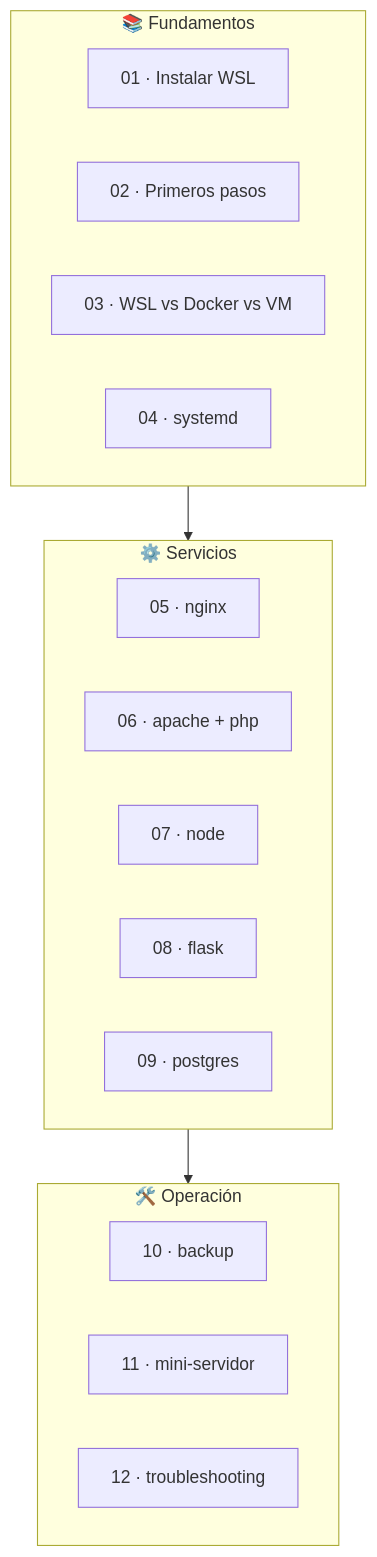
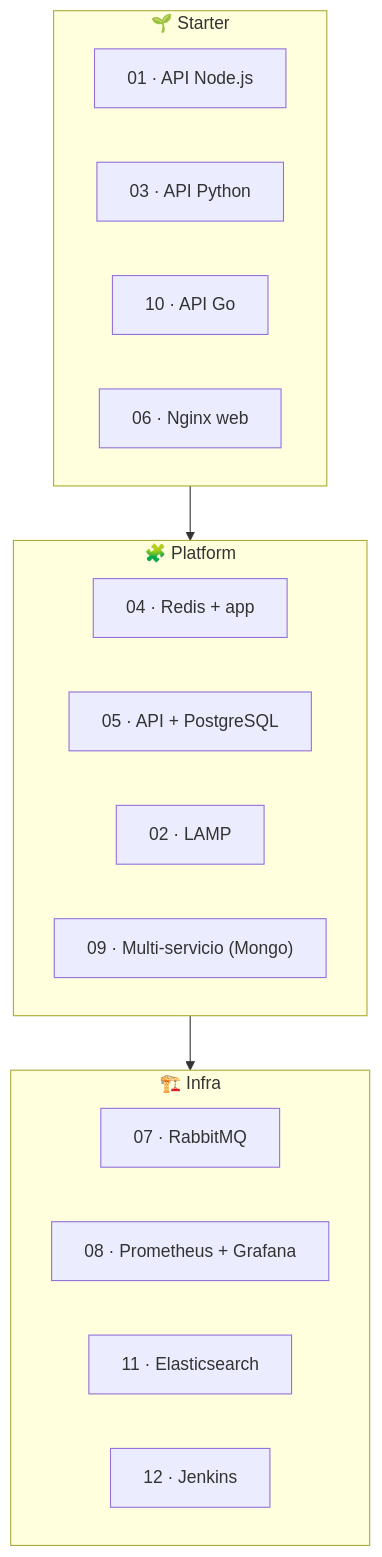
The diagram in docs/BEGINNERS_GUIDE.md (vladimiracunadev-create/wsl-labs), drawn with Mermaid before and after one commit. The commit also changed other lines of this file and 90 other files, not shown here.

````diff
--- a/docs/BEGINNERS_GUIDE.md
+++ b/docs/BEGINNERS_GUIDE.md
@@ -8,22 +8,22 @@
 ```mermaid
 graph TD
-    subgraph FUND["📚 Fundamentos"]
-        L1["01 · Instalar WSL"]
-        L2["02 · Primeros pasos"]
-        L3["03 · WSL vs Docker vs VM"]
-        L4["04 · systemd"]
+    subgraph START["🌱 Starter"]
+        S1["01 · API Node.js"]
+        S2["03 · API Python"]
+        S3["10 · API Go"]
+        S4["06 · Nginx web"]
     end
-    subgraph SERV["⚙️ Servicios"]
-        L5["05 · nginx"]
-        L6["06 · apache + php"]
-        L7["07 · node"]
-        L8["08 · flask"]
-        L9["09 · postgres"]
+    subgraph PLAT["🧩 Platform"]
+        P1["04 · Redis + app"]
+        P2["05 · API + PostgreSQL"]
+        P3["02 · LAMP"]
+        P4["09 · Multi-servicio (Mongo)"]
     end
-    subgraph OPER["🛠️ Operación"]
-        L10["10 · backup"]
-        L11["11 · mini-servidor"]
-        L12["12 · troubleshooting"]
+    subgraph INFRA["🏗️ Infra"]
+        I1["07 · RabbitMQ"]
+        I2["08 · Prometheus + Grafana"]
+        I3["11 · Elasticsearch"]
+        I4["12 · Jenkins"]
     end
-    FUND --> SERV --> OPER
+    START --> PLAT --> INFRA
 ```
````
